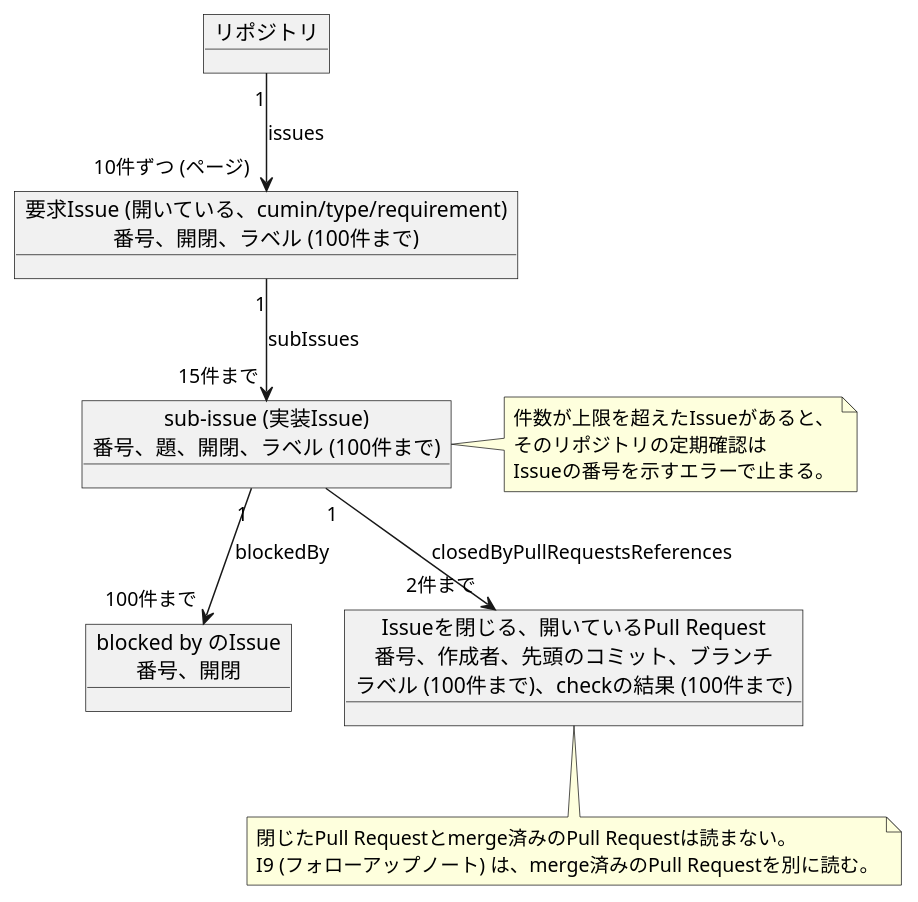
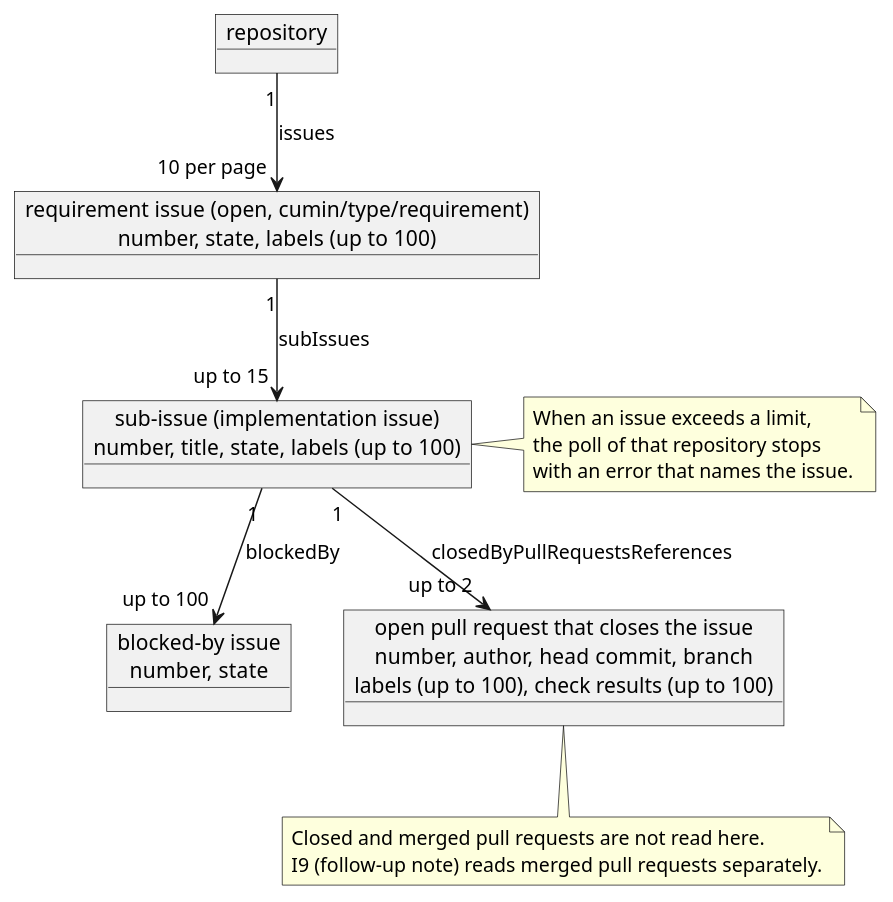
The diagram in docs/ja/designs/poll-snapshot.puml (cloveclovedev/cumin-works), drawn with PlantUML before and after one commit. The commit also changed 19 other files, not shown here.

First line of the commit message:
docs(diagrams): write the labels of every diagram in English and give each row its own arrow (#216)

```diff
--- a/docs/ja/designs/poll-snapshot.puml
+++ b/docs/ja/designs/poll-snapshot.puml
@@ -1,28 +1,28 @@
 @startuml poll-snapshot
-' cumin works - 定期確認の1回の問い合わせで読むもの。入れ子の接続と、その件数の上限。
-' 対応する文書: poll.md の「定期確認で読む内容」。
-' SVGの書き出し: リポジトリの直下で scripts/render-diagrams.sh を実行する。
+' cumin works - what one query of a poll reads: nested connections and their limits.
+' Document: poll.md, section on what a poll reads.
+' Render: run scripts/render-diagrams.sh at the root of the repository.
 skinparam shadowing false
 skinparam defaultFontName sans-serif
 
-object "リポジトリ" as repo
-object "要求Issue (開いている、cumin/type/requirement)\n番号、開閉、ラベル (100件まで)" as req
-object "sub-issue (実装Issue)\n番号、題、開閉、ラベル (100件まで)" as sub
-object "blocked by のIssue\n番号、開閉" as blocker
-object "Issueを閉じる、開いているPull Request\n番号、作成者、先頭のコミット、ブランチ\nラベル (100件まで)、checkの結果 (100件まで)" as pr
+object "repository" as repo
+object "requirement issue (open, cumin/type/requirement)\nnumber, state, labels (up to 100)" as req
+object "sub-issue (implementation issue)\nnumber, title, state, labels (up to 100)" as sub
+object "blocked-by issue\nnumber, state" as blocker
+object "open pull request that closes the issue\nnumber, author, head commit, branch\nlabels (up to 100), check results (up to 100)" as pr
 
-repo "1" --> "10件ずつ (ページ)" req : issues
-req "1" --> "15件まで" sub : subIssues
-sub "1" --> "100件まで" blocker : blockedBy
-sub "1" --> "2件まで" pr : closedByPullRequestsReferences
+repo "1" --> "10 per page" req : issues
+req "1" --> "up to 15" sub : subIssues
+sub "1" --> "up to 100" blocker : blockedBy
+sub "1" --> "up to 2" pr : closedByPullRequestsReferences
 
 note bottom of pr
-  閉じたPull Requestとmerge済みのPull Requestは読まない。
-  I9 (フォローアップノート) は、merge済みのPull Requestを別に読む。
+  Closed and merged pull requests are not read here.
+  I9 (follow-up note) reads merged pull requests separately.
 end note
 note right of sub
-  件数が上限を超えたIssueがあると、
-  そのリポジトリの定期確認は
-  Issueの番号を示すエラーで止まる。
+  When an issue exceeds a limit,
+  the poll of that repository stops
+  with an error that names the issue.
 end note
 @enduml
```
